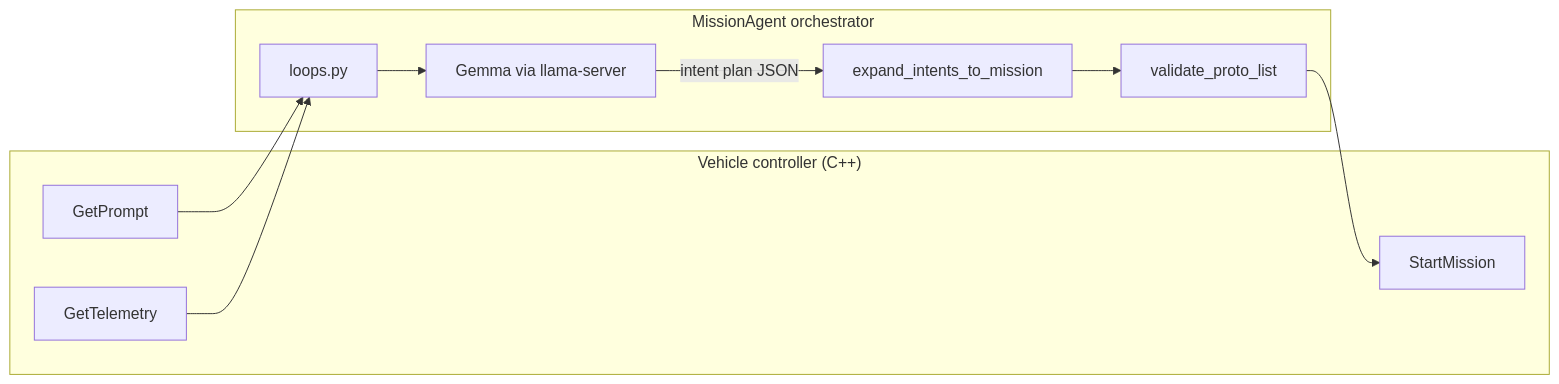
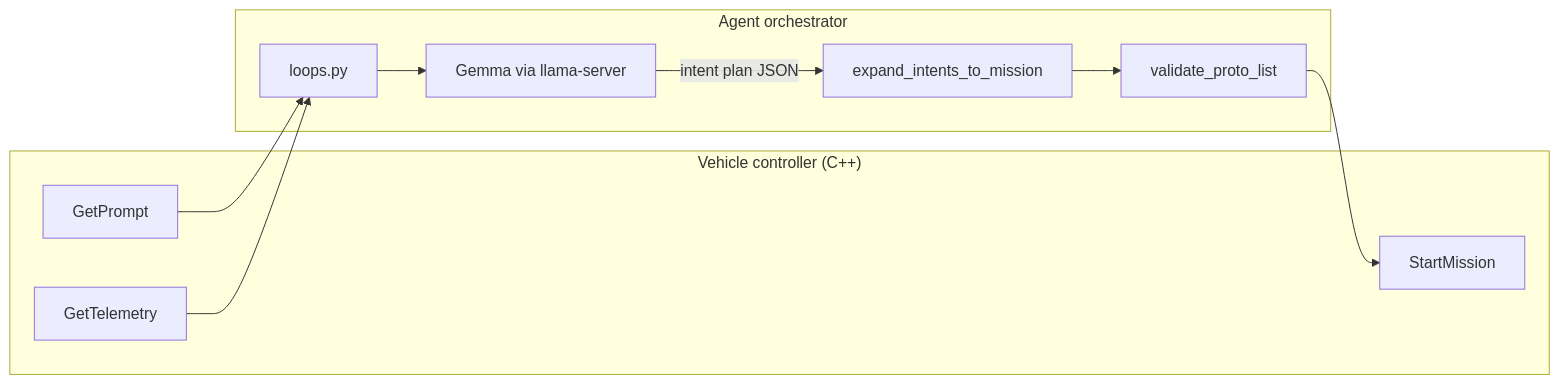
The diagram in README.md (arkadii888/MissionAgent), drawn with Mermaid before and after one commit. The commit also changed other lines of this file and 2 other files, not shown here.

Commit message:
rename MissionAgent to Agent

````diff
--- a/README.md
+++ b/README.md
@@ -91,20 +91,20 @@
 ```mermaid
 flowchart LR
   subgraph controller ["Vehicle controller (C++)"]
     GP[GetPrompt]
     GT[GetTelemetry]
     SM[StartMission]
   end
-  subgraph agent ["MissionAgent orchestrator"]
+  subgraph agent ["Agent orchestrator"]
     LOOP[loops.py]
     LLM[Gemma via llama-server]
     EXP[expand_intents_to_mission]
     VAL[validate_proto_list]
   end
   GP --> LOOP
   GT --> LOOP
   LOOP --> LLM
   LLM -->|intent plan JSON| EXP
   EXP --> VAL
   VAL --> SM
 ```
````
